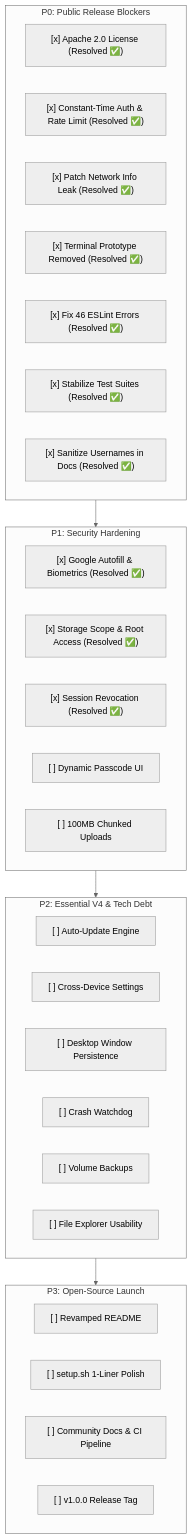
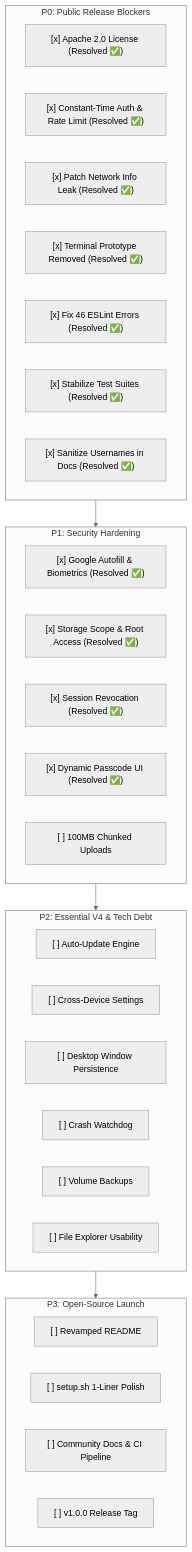
Before and after one commit to Cypher0071/Home_Cloud: the diagram in docs/launch_changes.md, drawn with Mermaid (neutral theme). The commit also changed other lines of this file and 5 other files, not shown here.

Commit message:
feat(password-management): Implement dynamic passcode management UI and endpoint with secure password update functionality

````diff
--- a/docs/launch_changes.md
+++ b/docs/launch_changes.md
@@ -387,40 +397,40 @@
 ```mermaid
 flowchart TD
     subgraph P0["P0: Public Release Blockers"]
         L["[x] Apache 2.0 License (Resolved ✅)"]
         A["[x] Constant-Time Auth & Rate Limit (Resolved ✅)"]
         N["[x] Patch Network Info Leak (Resolved ✅)"]
         T["[x] Terminal Prototype Removed (Resolved ✅)"]
         E["[x] Fix 46 ESLint Errors (Resolved ✅)"]
         TS["[x] Stabilize Test Suites (Resolved ✅)"]
         S["[x] Sanitize Usernames in Docs (Resolved ✅)"]
     end
 
     subgraph P1["P1: Security Hardening"]
         W["[x] Google Autofill & Biometrics (Resolved ✅)"]
         J["[x] Storage Scope & Root Access (Resolved ✅)"]
         R["[x] Session Revocation (Resolved ✅)"]
-        P["[ ] Dynamic Passcode UI"]
+        P["[x] Dynamic Passcode UI (Resolved ✅)"]
         U["[ ] 100MB Chunked Uploads"]
     end
 
     subgraph P2["P2: Essential V4 & Tech Debt"]
         AU["[ ] Auto-Update Engine"]
         SP["[ ] Cross-Device Settings"]
         WP["[ ] Desktop Window Persistence"]
         CW["[ ] Crash Watchdog"]
         BK["[ ] Volume Backups"]
         FE["[ ] File Explorer Usability"]
     end
 
     subgraph P3["P3: Open-Source Launch"]
         RM["[ ] Revamped README"]
         ST["[ ] setup.sh 1-Liner Polish"]
         GH["[ ] Community Docs & CI Pipeline"]
         REL["[ ] v1.0.0 Release Tag"]
     end
 
     P0 --> P1
     P1 --> P2
     P2 --> P3
 ```
````
